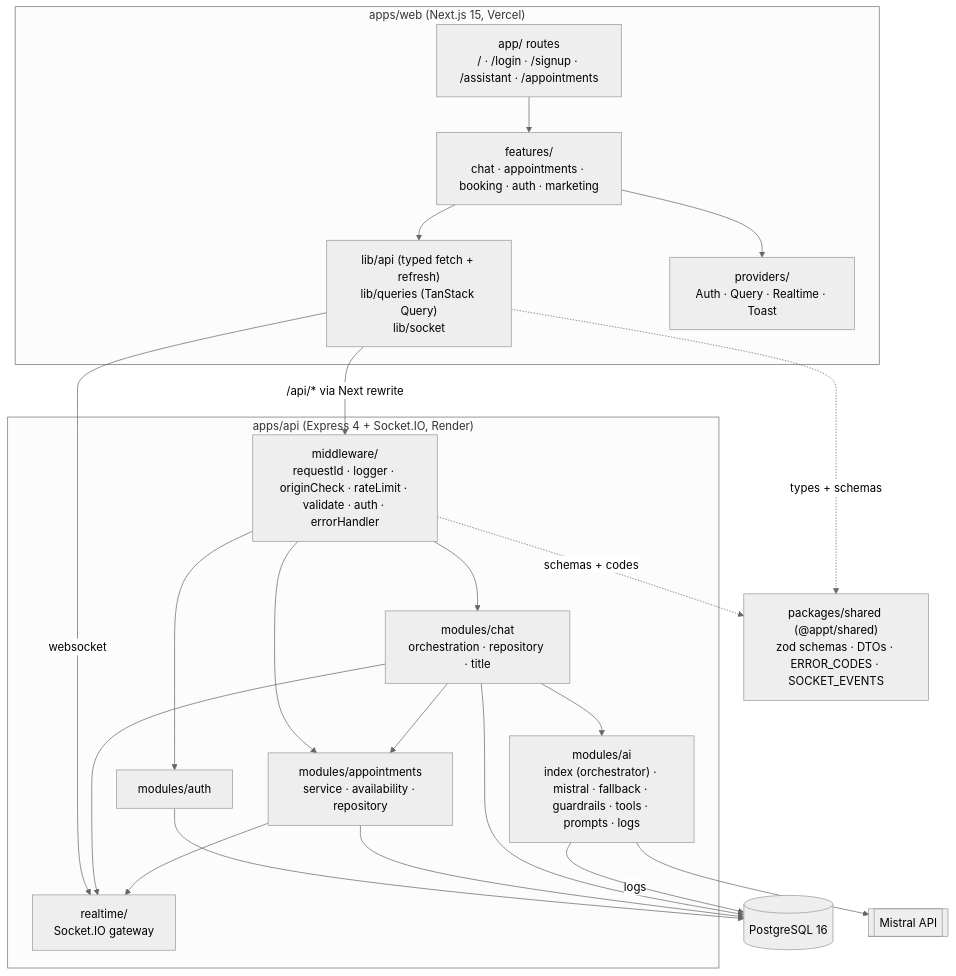
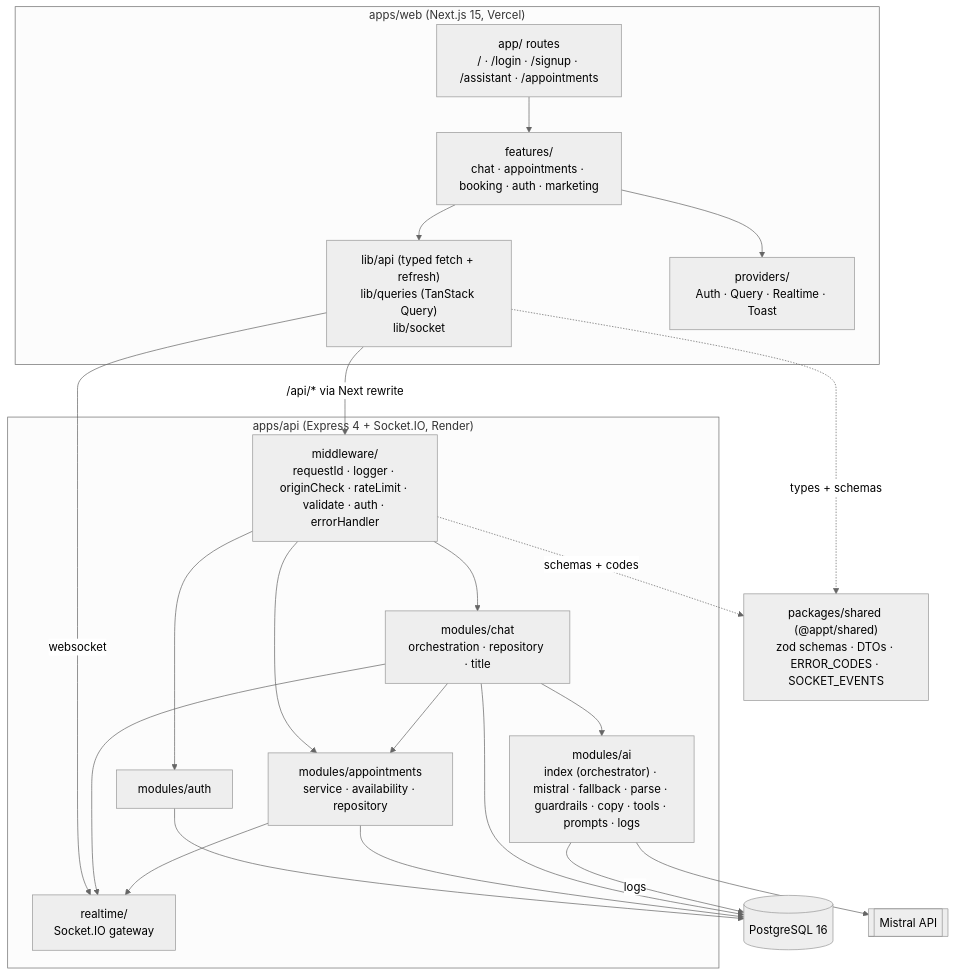
Before and after one commit to alisafdar35/ai-appointment-booking: the first of 2 diagrams in docs/architecture.md, drawn with Mermaid (neutral theme). The commit also changed other lines of this file and 93 other files, not shown here.

````diff
--- a/docs/architecture.md
+++ b/docs/architecture.md
@@ -5,37 +5,37 @@
 ```mermaid
 flowchart TB
   subgraph web["apps/web (Next.js 15, Vercel)"]
     pages["app/ routes<br/>/ · /login · /signup · /assistant · /appointments"]
     features["features/<br/>chat · appointments · booking · auth · marketing"]
     lib["lib/api (typed fetch + refresh)<br/>lib/queries (TanStack Query)<br/>lib/socket"]
     providers["providers/<br/>Auth · Query · Realtime · Toast"]
   end
 
   shared["packages/shared (@appt/shared)<br/>zod schemas · DTOs · ERROR_CODES · SOCKET_EVENTS"]
 
   subgraph api["apps/api (Express 4 + Socket.IO, Render)"]
     mw["middleware/<br/>requestId · logger · originCheck · rateLimit · validate · auth · errorHandler"]
     auth["modules/auth"]
     appt["modules/appointments<br/>service · availability · repository"]
     chat["modules/chat<br/>orchestration · repository · title"]
-    ai["modules/ai<br/>index (orchestrator) · mistral · fallback · guardrails · tools · prompts · logs"]
+    ai["modules/ai<br/>index (orchestrator) · mistral · fallback · parse · guardrails · copy · tools · prompts · logs"]
     rt["realtime/<br/>Socket.IO gateway"]
   end
 
   pg[("PostgreSQL 16")]
   mistral[["Mistral API"]]
 
   pages --> features --> lib
   features --> providers
   lib -. types + schemas .-> shared
   mw -. schemas + codes .-> shared
   lib -- "/api/* via Next rewrite" --> mw
   lib -- websocket --> rt
   mw --> auth & appt & chat
   chat --> ai
   chat --> appt
   ai --> mistral
   auth & appt & chat --> pg
   ai -- logs --> pg
   chat & appt --> rt
 ```
````
